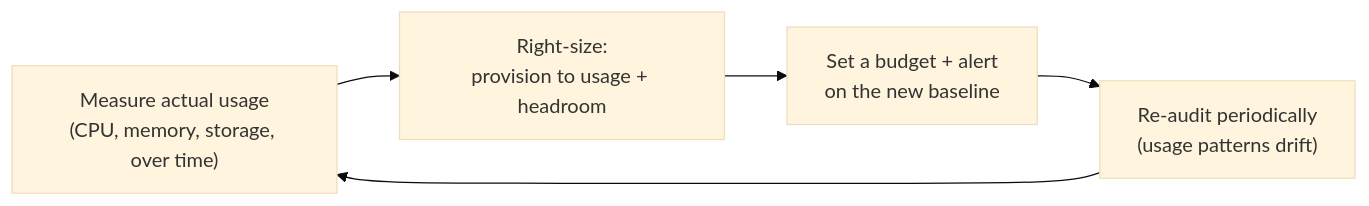
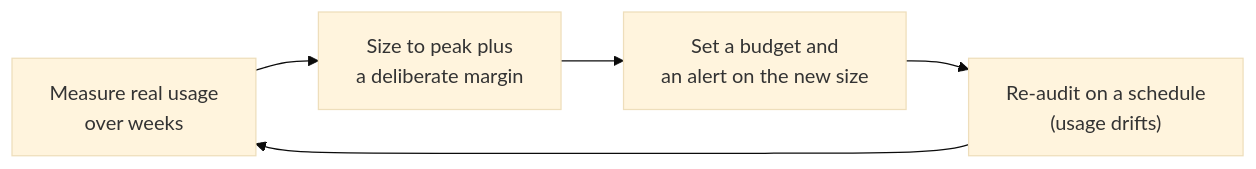
Before and after one commit to francoandreDev/knowledge: the first of 2 diagrams in src/content/infra-delivery/cost-awareness/L2-concept.mdx, drawn with Mermaid (base theme). The commit also changed other lines of this file and 3 other files, not shown here.

````diff
--- a/src/content/infra-delivery/cost-awareness/L2-concept.mdx
+++ b/src/content/infra-delivery/cost-awareness/L2-concept.mdx
@@ -49,7 +30,7 @@
 ```mermaid
 flowchart LR
-    A["Measure actual usage\n(CPU, memory, storage, over time)"] --> B["Right-size:\nprovision to usage + headroom"]
-    B --> C["Set a budget + alert\non the new baseline"]
-    C --> D["Re-audit periodically\n(usage patterns drift)"]
+    A["Measure real usage<br/>over weeks"] --> B["Size to peak plus<br/>a deliberate margin"]
+    B --> C["Set a budget and<br/>an alert on the new size"]
+    C --> D["Re-audit on a schedule<br/>(usage drifts)"]
     D --> A
 ```
````
